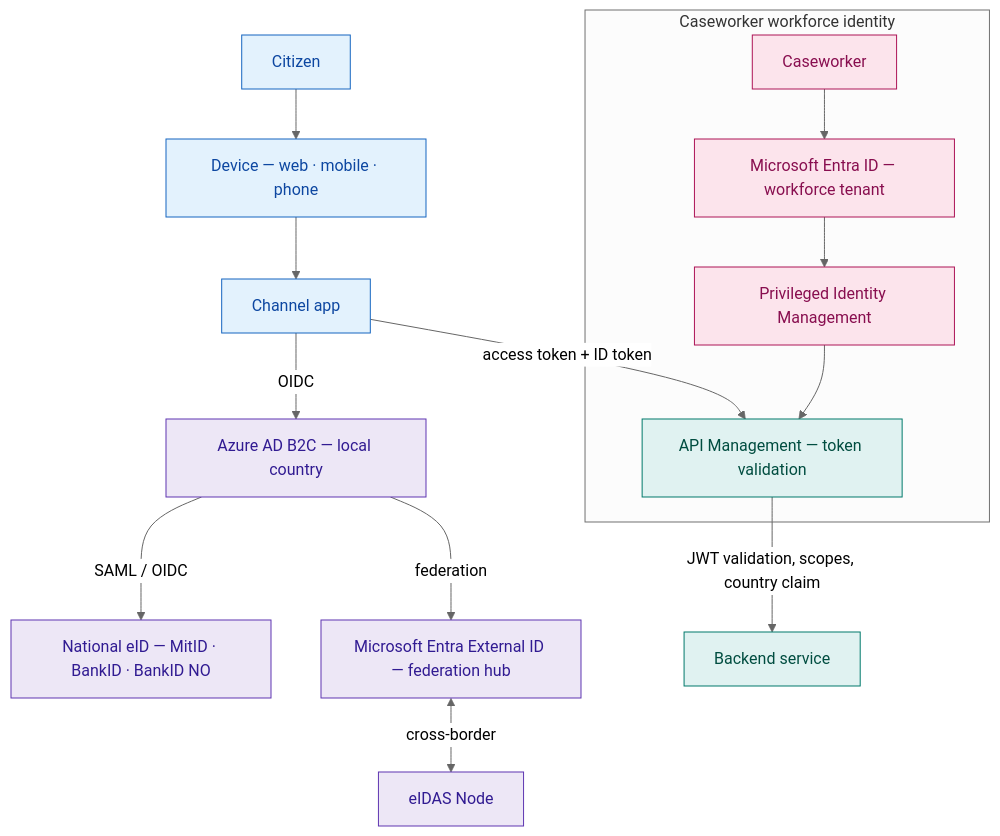
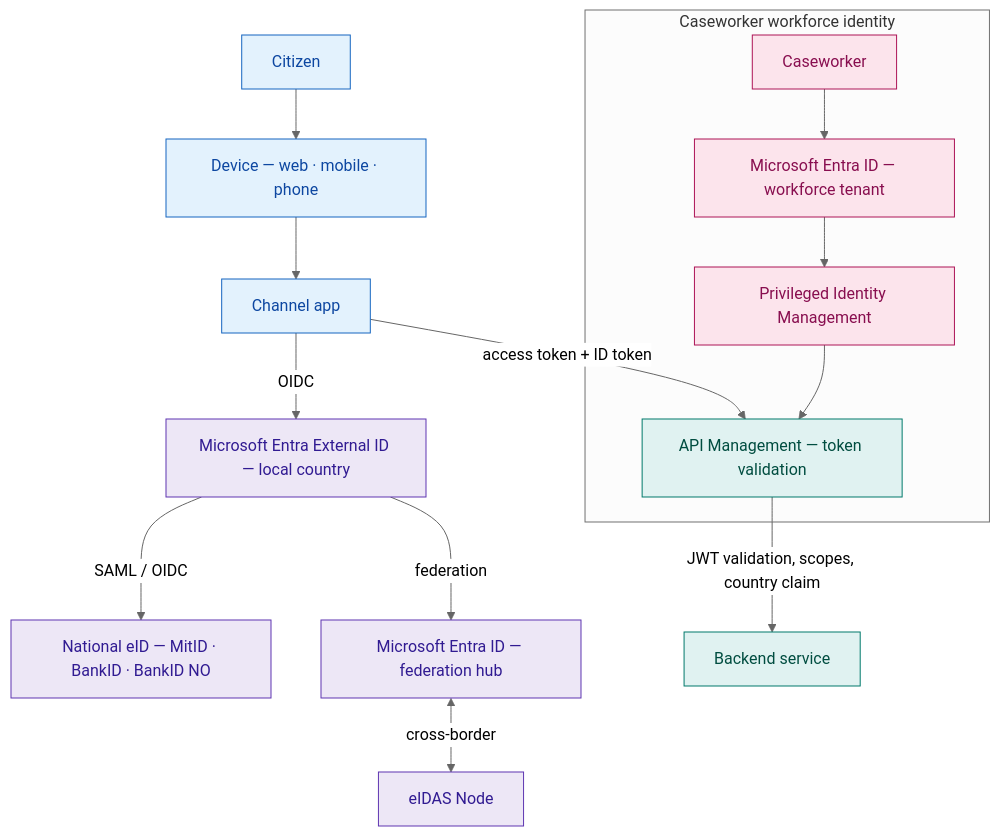
Before and after one commit to fredgis/UDCSP: the fourth of 12 diagrams in docs/architecture.md, drawn with Mermaid (neutral theme). The commit also changed other lines of this file and 54 other files, not shown here.

````diff
--- a/docs/architecture.md
+++ b/docs/architecture.md
@@ -369,40 +369,40 @@
 ```mermaid
 graph TB
     CITIZEN["Citizen"]
     DEVICE["Device — web · mobile · phone"]
     CHANNEL["Channel app"]
-    B2C_LOCAL["Azure AD B2C — local country"]
+    EXTID_LOCAL["Microsoft Entra External ID — local country"]
     EID_LOCAL["National eID — MitID · BankID · BankID NO"]
-    ENTRA_HUB["Microsoft Entra External ID — federation hub"]
+    ENTRA_HUB["Microsoft Entra ID — federation hub"]
     EIDAS["eIDAS Node"]
     APIM["API Management — token validation"]
     APP["Backend service"]
 
     CITIZEN --> DEVICE
     DEVICE --> CHANNEL
-    CHANNEL -->|OIDC| B2C_LOCAL
-    B2C_LOCAL -->|SAML / OIDC| EID_LOCAL
-    B2C_LOCAL -->|federation| ENTRA_HUB
+    CHANNEL -->|OIDC| EXTID_LOCAL
+    EXTID_LOCAL -->|SAML / OIDC| EID_LOCAL
+    EXTID_LOCAL -->|federation| ENTRA_HUB
     ENTRA_HUB <-->|cross-border| EIDAS
     CHANNEL -->|access token + ID token| APIM
     APIM -->|JWT validation, scopes, country claim| APP
 
     subgraph WORKFORCE["Caseworker workforce identity"]
         WUSER["Caseworker"]
         ENTRA_WF["Microsoft Entra ID — workforce tenant"]
         PIM["Privileged Identity Management"]
         WUSER --> ENTRA_WF
         ENTRA_WF --> PIM
         PIM --> APIM
     end
 
     classDef cit fill:#E3F2FD,stroke:#1565C0,color:#0D47A1
     classDef ident fill:#EDE7F6,stroke:#5E35B1,color:#311B92
     classDef gw fill:#E0F2F1,stroke:#00796B,color:#004D40
     classDef wf fill:#FCE4EC,stroke:#AD1457,color:#880E4F
 
     class CITIZEN,DEVICE,CHANNEL cit
-    class B2C_LOCAL,EID_LOCAL,ENTRA_HUB,EIDAS ident
+    class EXTID_LOCAL,EID_LOCAL,ENTRA_HUB,EIDAS ident
     class APIM,APP gw
     class WUSER,ENTRA_WF,PIM wf
 ```
````
